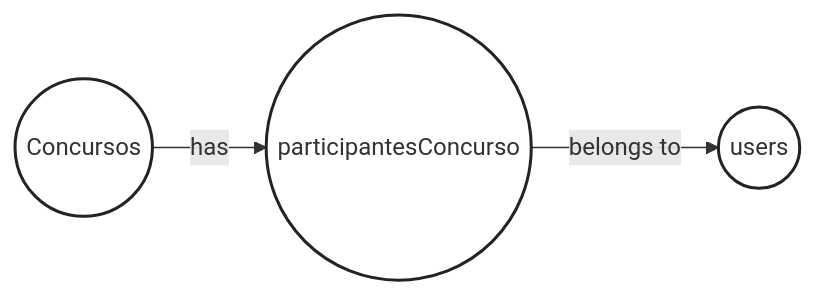
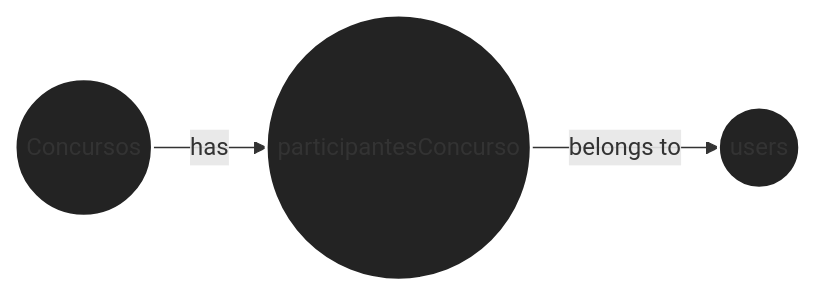
Before and after one commit to whejhe/Proyecto-Final-DAM: the first of 3 diagrams in DOCUMENTATION.md, drawn with Mermaid.

Commit message:
actualizar

````diff
--- a/DOCUMENTATION.md
+++ b/DOCUMENTATION.md
@@ -24,13 +24,13 @@
 ```mermaid
 graph LR
     Concursos((Concursos))
     participantesConcurso((participantesConcurso))
     users((users))
 
     Concursos -- has --> participantesConcurso
     participantesConcurso -- belongs to --> users
 
-    style Concursos fill:#fff,stroke:#232323,stroke-width:2px
-    style participantesConcurso fill:#fff,stroke:#232323,stroke-width:2px
-    style users fill:#fff,stroke:#232323,stroke-width:2px
+    style Concursos fill:#232323,stroke:#fff,stroke-width:2px
+    style participantesConcurso fill:#232323,stroke:#fff,stroke-width:2px
+    style users fill:#232323,stroke:#fff,stroke-width:2px
 ```
````
